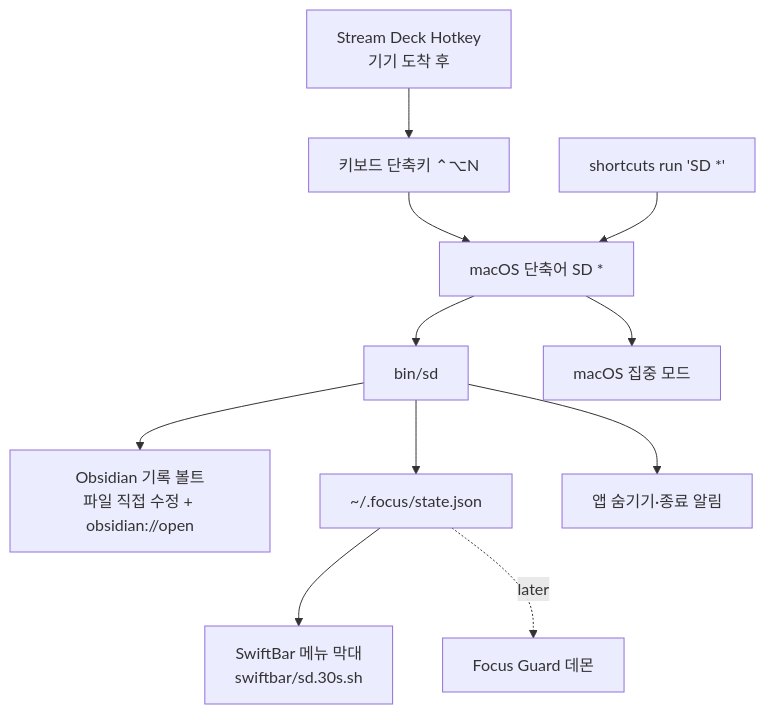
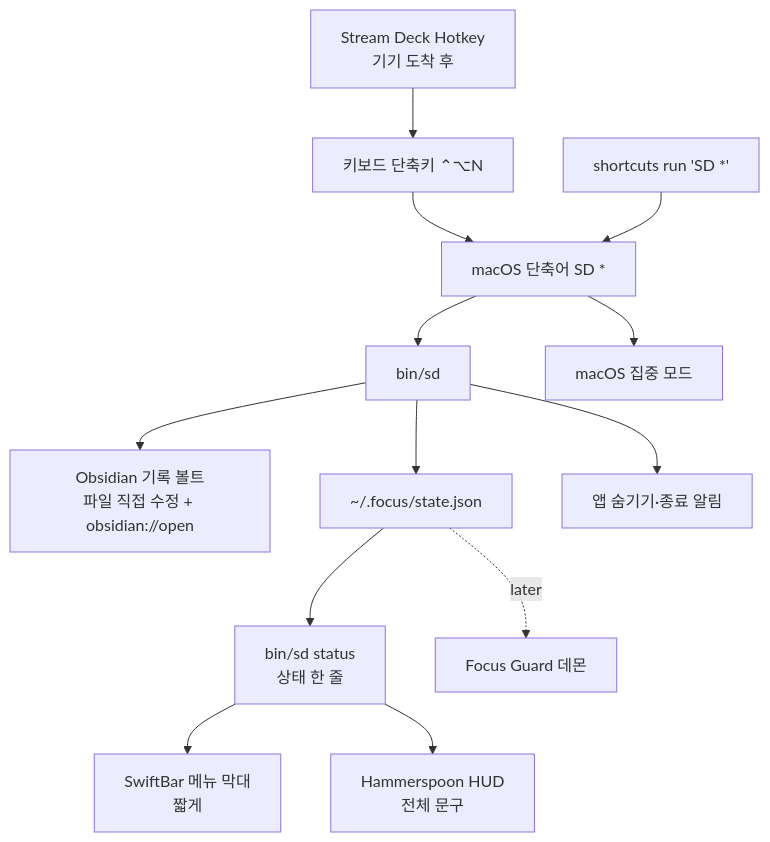
Before and after one commit to RRoundTable/streaming-deck: the diagram in docs/ARCHITECTURE.md, drawn with Mermaid. The commit also changed other lines of this file, not shown here.

First line of the commit message:
ADR-003: 딥 블록 문구 전체를 Hammerspoon HUD로 표시

````diff
--- a/docs/ARCHITECTURE.md
+++ b/docs/ARCHITECTURE.md
@@ -7,13 +7,15 @@
 ```mermaid
 flowchart TD
     K[키보드 단축키 ⌃⌥N] --> S[macOS 단축어 SD *]
     SD[Stream Deck Hotkey<br/>기기 도착 후] --> K
     CLI[shortcuts run 'SD *'] --> S
     S --> B[bin/sd]
     B --> O[Obsidian 기록 볼트<br/>파일 직접 수정 + obsidian://open]
     B --> F[~/.focus/state.json]
     S --> M[macOS 집중 모드]
     B --> N[앱 숨기기·종료 알림]
-    F --> W[SwiftBar 메뉴 막대<br/>swiftbar/sd.30s.sh]
+    F --> ST[bin/sd status<br/>상태 한 줄]
+    ST --> W[SwiftBar 메뉴 막대<br/>짧게]
+    ST --> H[Hammerspoon HUD<br/>전체 문구]
     F -.later.-> G[Focus Guard 데몬]
 ```
````
